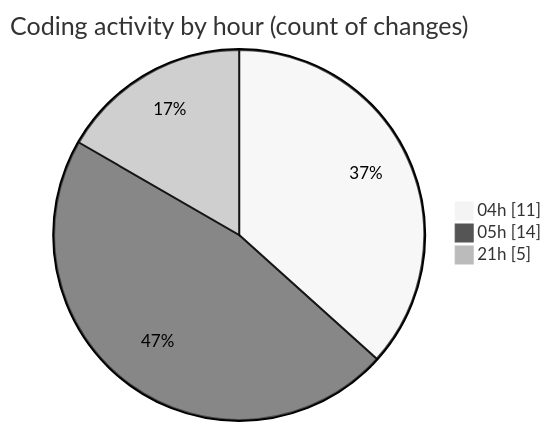
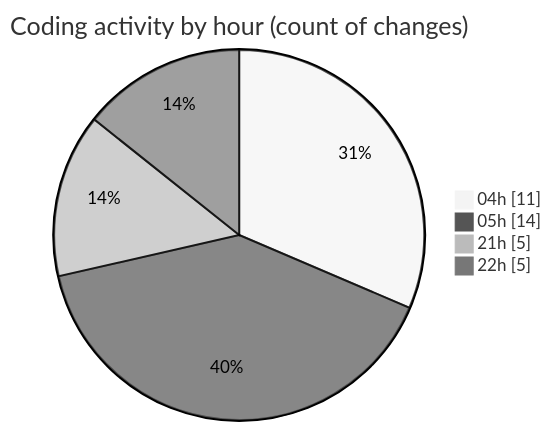
Before and after one commit to idhammustaqopulfikri/code-tracking: the second of 2 diagrams in 2025-03-27/autodidak/README.md, drawn with Mermaid (neutral theme). The commit also changed other lines of this file and 1 other file, not shown here.

````diff
--- a/2025-03-27/autodidak/README.md
+++ b/2025-03-27/autodidak/README.md
@@ -35,7 +36,8 @@
 ```mermaid
 pie showData
 title Coding activity by hour (count of changes)
 "04h" : 11
 "05h" : 14
 "21h" : 5
+"22h" : 5
 ```
````
